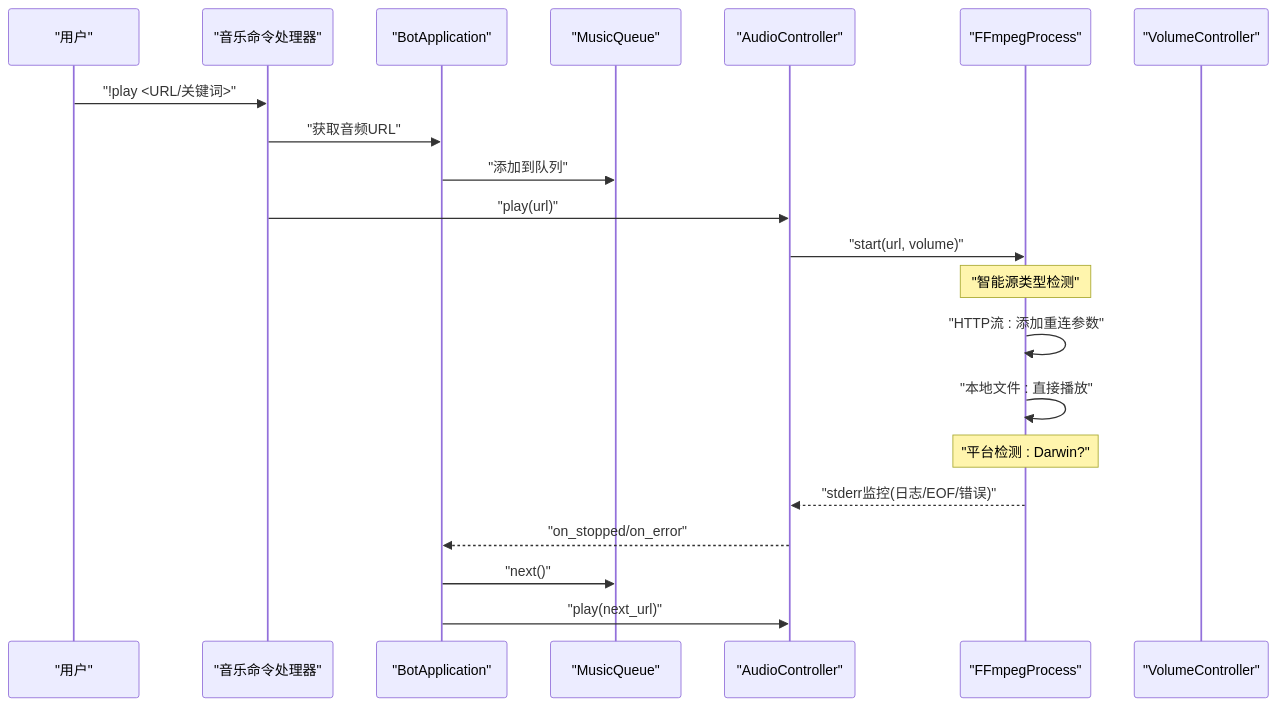
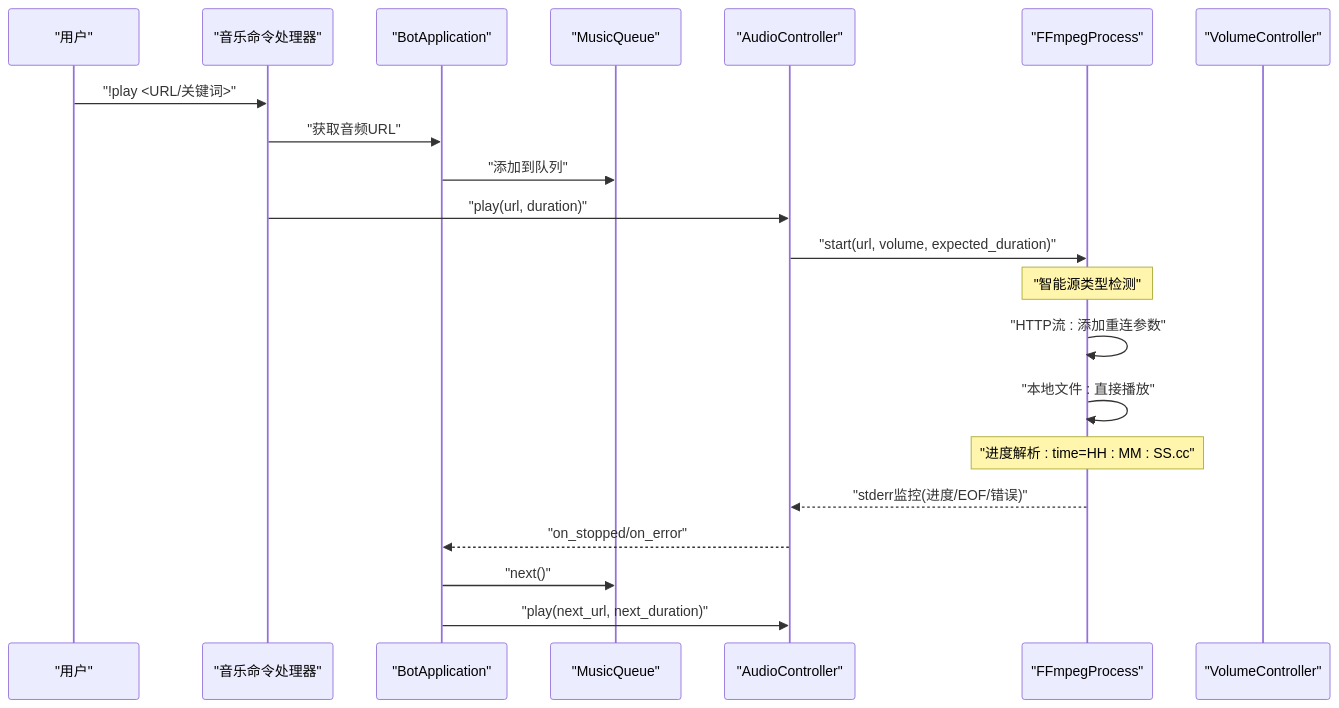
One commit to GhoulOwl/Teamspeak3_Bot changed the second of 7 diagrams in .qoder/repowiki/zh/content/音乐播放系统/FFmpeg集成.md. Above: the diagram before and after it, drawn with Mermaid. The commit also changed other lines of this file and 7 other files, not shown here.

````diff
--- a/.qoder/repowiki/zh/content/音乐播放系统/FFmpeg集成.md
+++ b/.qoder/repowiki/zh/content/音乐播放系统/FFmpeg集成.md
@@ -129,23 +130,23 @@
 ```mermaid
 sequenceDiagram
 participant U as "用户"
 participant CMD as "音乐命令处理器"
 participant APP as "BotApplication"
 participant MQ as "MusicQueue"
 participant AC as "AudioController"
 participant FF as "FFmpegProcess"
 participant VC as "VolumeController"
 U->>CMD : "!play <URL/关键词>"
 CMD->>APP : "获取音频URL"
 APP->>MQ : "添加到队列"
-CMD->>AC : "play(url)"
-AC->>FF : "start(url, volume)"
+CMD->>AC : "play(url, duration)"
+AC->>FF : "start(url, volume, expected_duration)"
 Note over FF : "智能源类型检测"
 FF->>FF : "HTTP流 : 添加重连参数"
 FF->>FF : "本地文件 : 直接播放"
-Note over FF : "平台检测 : Darwin?"
-FF-->>AC : "stderr监控(日志/EOF/错误)"
+Note over FF : "进度解析 : time=HH : MM : SS.cc"
+FF-->>AC : "stderr监控(进度/EOF/错误)"
 AC-->>APP : "on_stopped/on_error"
 APP->>MQ : "next()"
-APP->>AC : "play(next_url)"
+APP->>AC : "play(next_url, next_duration)"
 ```
````
